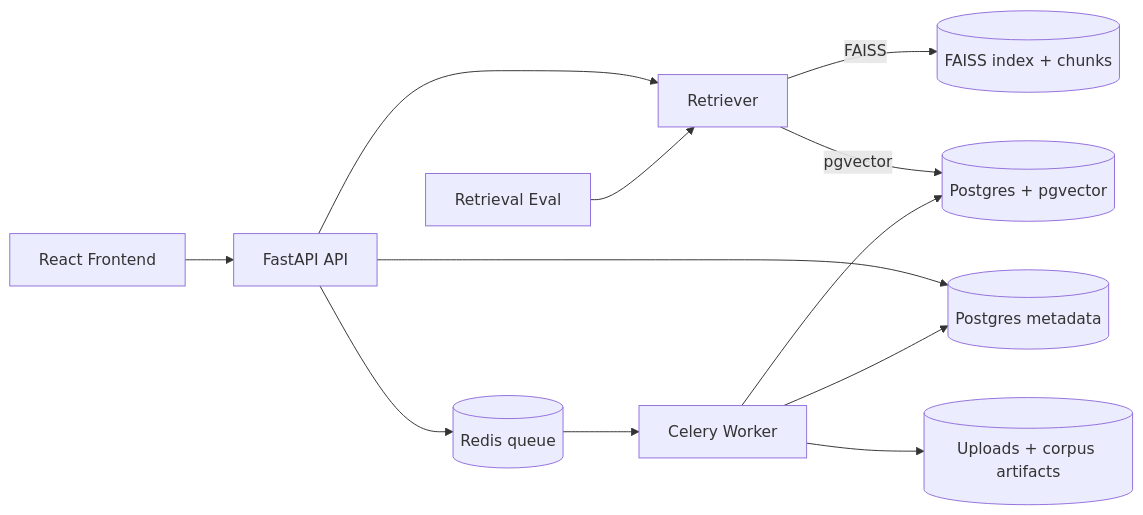
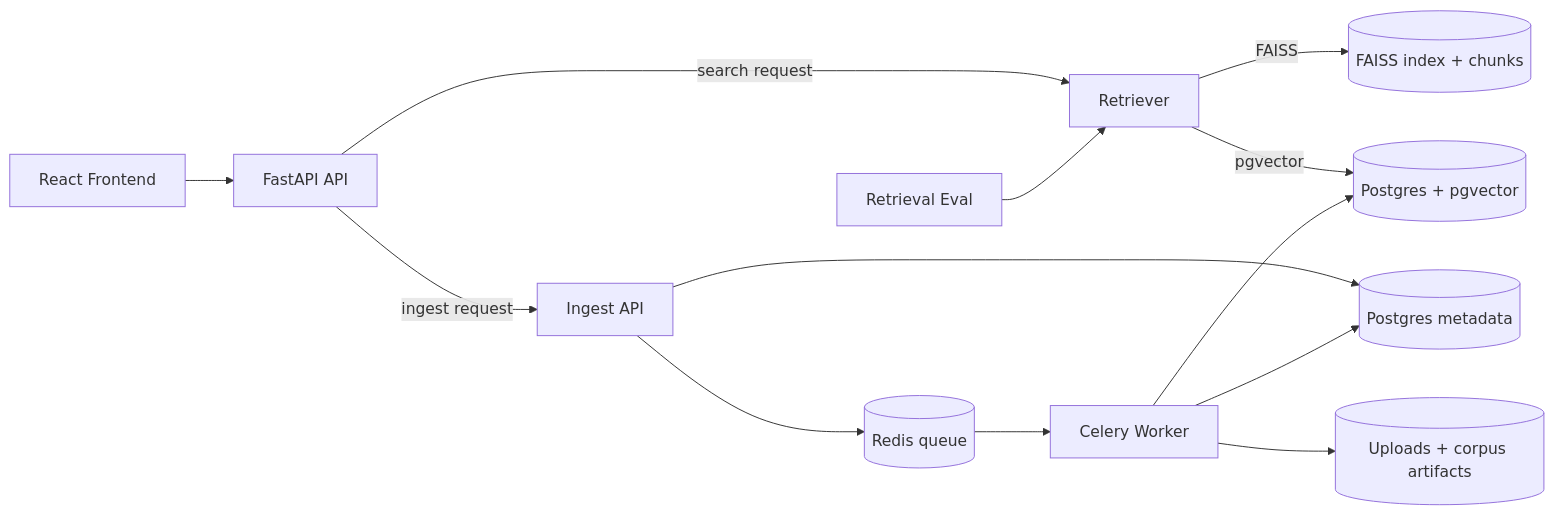
The diagram in README.md (YukiUmetsu/rag-internal-docs-assistant), drawn with Mermaid before and after one commit. The commit also changed other lines of this file, not shown here.

````diff
--- a/README.md
+++ b/README.md
@@ -18,14 +18,15 @@
 ```mermaid
 flowchart LR
   UI[React Frontend] --> API[FastAPI API]
-  API --> RETR[Retriever]
+  API -->|search request| RETR[Retriever]
+  API -->|ingest request| INGEST[Ingest API]
   RETR -->|FAISS| FAISS[(FAISS index + chunks)]
   RETR -->|pgvector| PG[(Postgres + pgvector)]
-  API --> DB[(Postgres metadata)]
-  API --> Redis[(Redis queue)]
+  INGEST --> DB[(Postgres metadata)]
+  INGEST --> Redis[(Redis queue)]
   Redis --> Worker[Celery Worker]
   Worker --> DB
   Worker --> PG
   Worker --> Artifacts[(Uploads + corpus artifacts)]
   Eval[Retrieval Eval] --> RETR
 ```
````
